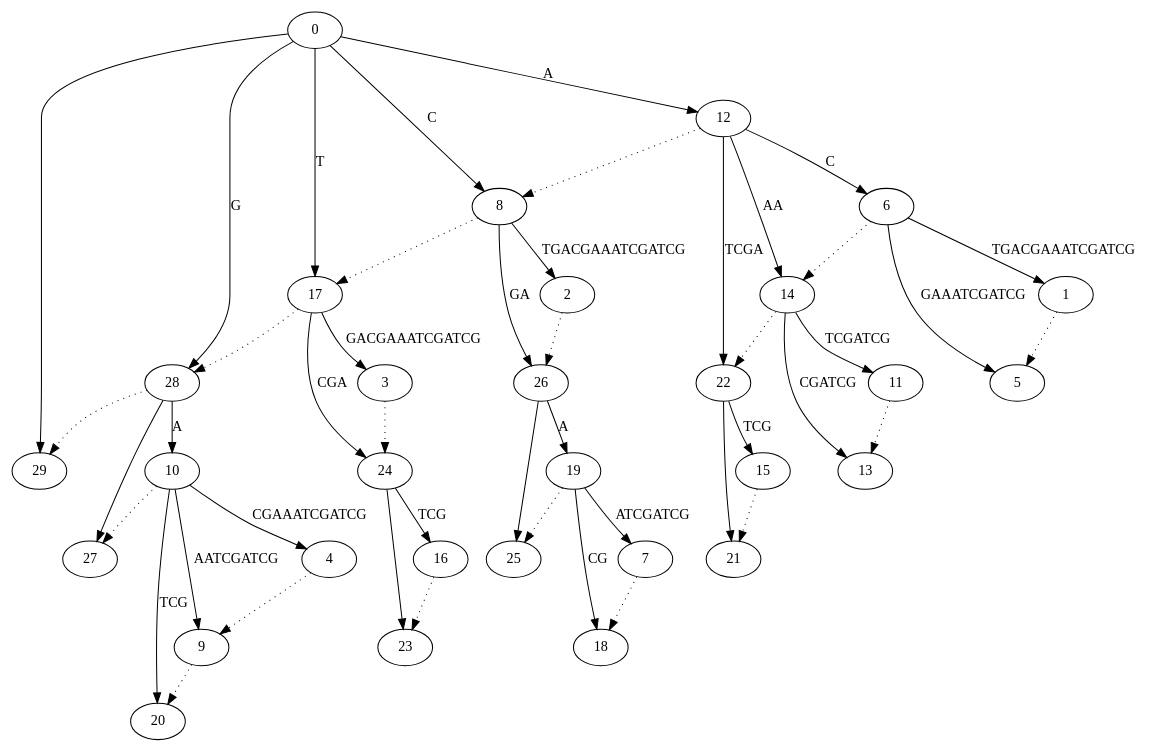
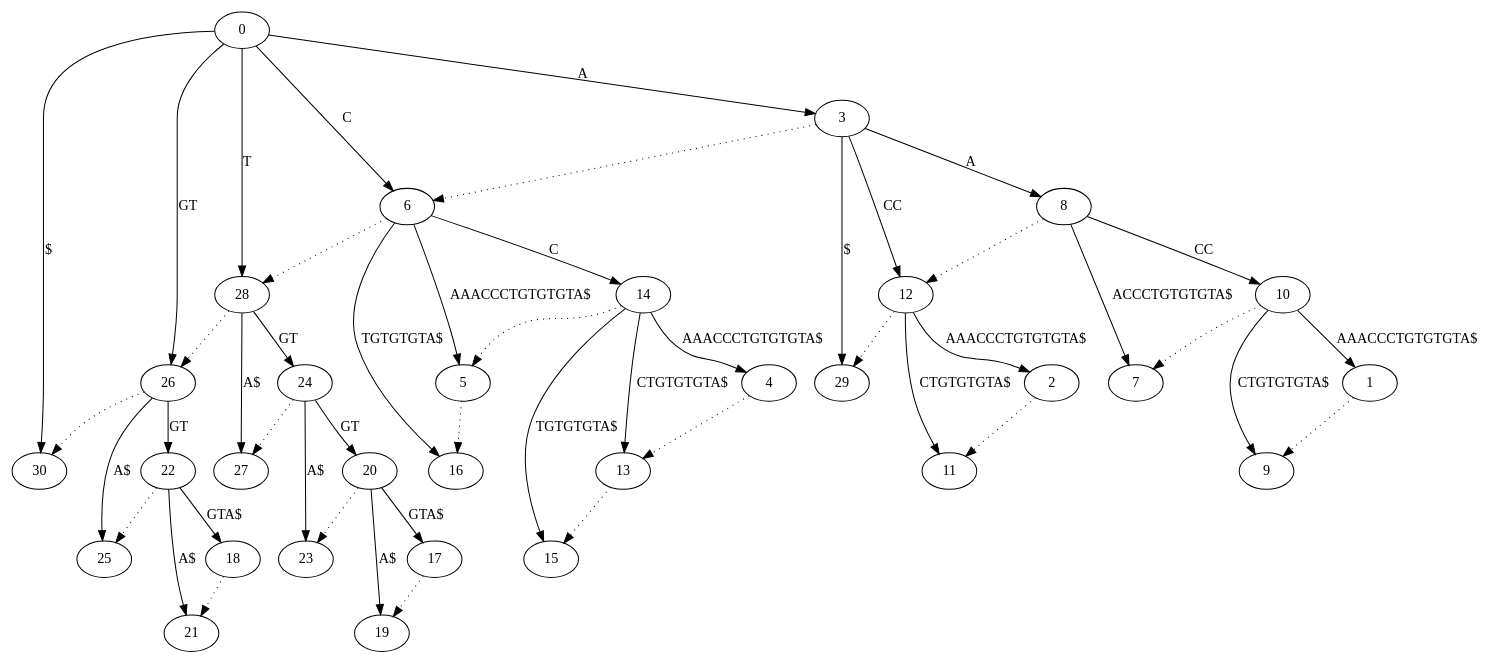
Before and after one commit to Jappy0/AAva-20-21-P2: the diagram in tree.gv, drawn with Graphviz. The commit also changed 3 other files, not shown here.

```diff
--- a/tree.gv
+++ b/tree.gv
@@ -1,48 +1,50 @@
 digraph g {
-        0 -> 12 [label="A"]
-        12 -> 8 [style=dotted]
-        12 -> 6 [label="C"]
-        6 -> 14 [style=dotted]
-        6 -> 1 [label="TGACGAAATCGATCG"]
-        1 -> 5 [style=dotted]
-        6 -> 5 [label="GAAATCGATCG"]
-        12 -> 14 [label="AA"]
-        14 -> 22 [style=dotted]
-        14 -> 11 [label="TCGATCG"]
-        11 -> 13 [style=dotted]
-        14 -> 13 [label="CGATCG"]
-        12 -> 22 [label="TCGA"]
-        22 -> 15 [label="TCG"]
-        15 -> 21 [style=dotted]
-        22 -> 21 [label=""]
-        0 -> 8 [label="C"]
-        8 -> 17 [style=dotted]
-        8 -> 2 [label="TGACGAAATCGATCG"]
-        2 -> 26 [style=dotted]
-        8 -> 26 [label="GA"]
-        26 -> 19 [label="A"]
-        19 -> 25 [style=dotted]
-        19 -> 7 [label="ATCGATCG"]
-        7 -> 18 [style=dotted]
-        19 -> 18 [label="CG"]
-        26 -> 25 [label=""]
-        0 -> 17 [label="T"]
-        17 -> 28 [style=dotted]
-        17 -> 3 [label="GACGAAATCGATCG"]
-        3 -> 24 [style=dotted]
-        17 -> 24 [label="CGA"]
-        24 -> 16 [label="TCG"]
-        16 -> 23 [style=dotted]
-        24 -> 23 [label=""]
-        0 -> 28 [label="G"]
-        28 -> 29 [style=dotted]
-        28 -> 10 [label="A"]
-        10 -> 27 [style=dotted]
-        10 -> 4 [label="CGAAATCGATCG"]
-        4 -> 9 [style=dotted]
-        10 -> 9 [label="AATCGATCG"]
-        9 -> 20 [style=dotted]
-        10 -> 20 [label="TCG"]
-        28 -> 27 [label=""]
-        0 -> 29 [label=""]
+	0 -> 3 [label="A"]
+	3 -> 6 [style=dotted]
+	3 -> 8 [label="A"]
+	8 -> 12 [style=dotted]
+	8 -> 10 [label="CC"]
+	10 -> 7 [style=dotted]
+	10 -> 1 [label="AAACCCTGTGTGTA$"]
+	1 -> 9 [style=dotted]
+	10 -> 9 [label="CTGTGTGTA$"]
+	8 -> 7 [label="ACCCTGTGTGTA$"]
+	3 -> 12 [label="CC"]
+	12 -> 29 [style=dotted]
+	12 -> 2 [label="AAACCCTGTGTGTA$"]
+	2 -> 11 [style=dotted]
+	12 -> 11 [label="CTGTGTGTA$"]
+	3 -> 29 [label="$"]
+	0 -> 6 [label="C"]
+	6 -> 28 [style=dotted]
+	6 -> 14 [label="C"]
+	14 -> 5 [style=dotted]
+	14 -> 4 [label="AAACCCTGTGTGTA$"]
+	4 -> 13 [style=dotted]
+	14 -> 13 [label="CTGTGTGTA$"]
+	13 -> 15 [style=dotted]
+	14 -> 15 [label="TGTGTGTA$"]
+	6 -> 5 [label="AAACCCTGTGTGTA$"]
+	5 -> 16 [style=dotted]
+	6 -> 16 [label="TGTGTGTA$"]
+	0 -> 28 [label="T"]
+	28 -> 26 [style=dotted]
+	28 -> 24 [label="GT"]
+	24 -> 27 [style=dotted]
+	24 -> 20 [label="GT"]
+	20 -> 23 [style=dotted]
+	20 -> 17 [label="GTA$"]
+	17 -> 19 [style=dotted]
+	20 -> 19 [label="A$"]
+	24 -> 23 [label="A$"]
+	28 -> 27 [label="A$"]
+	0 -> 26 [label="GT"]
+	26 -> 30 [style=dotted]
+	26 -> 22 [label="GT"]
+	22 -> 25 [style=dotted]
+	22 -> 18 [label="GTA$"]
+	18 -> 21 [style=dotted]
+	22 -> 21 [label="A$"]
+	26 -> 25 [label="A$"]
+	0 -> 30 [label="$"]
 }
```
